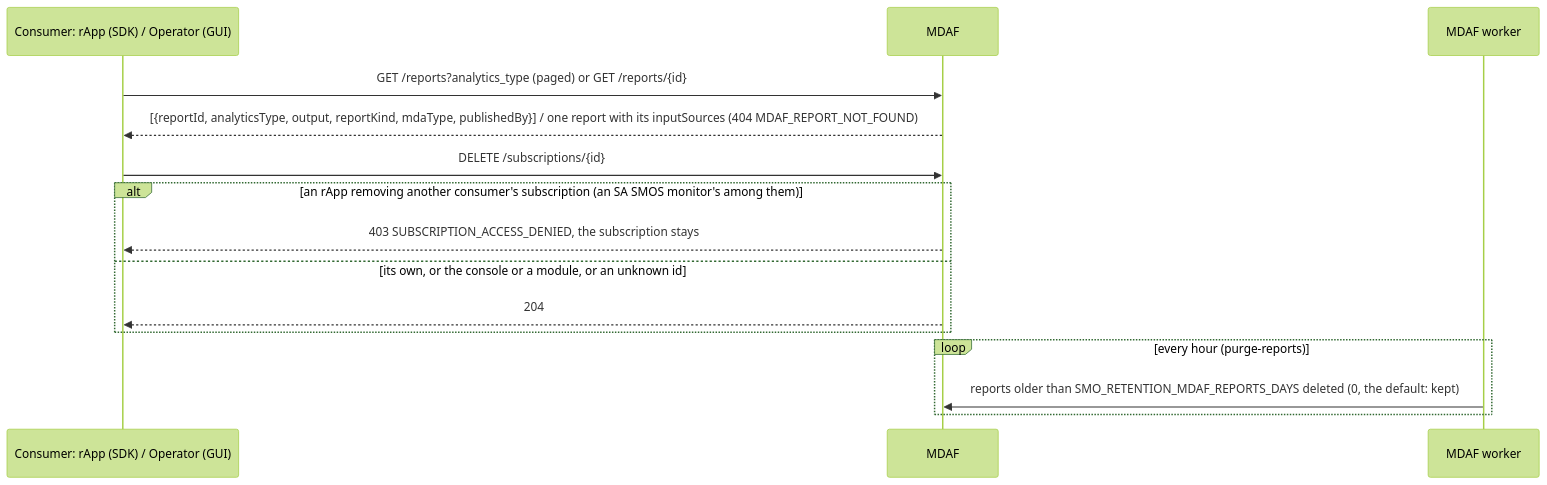
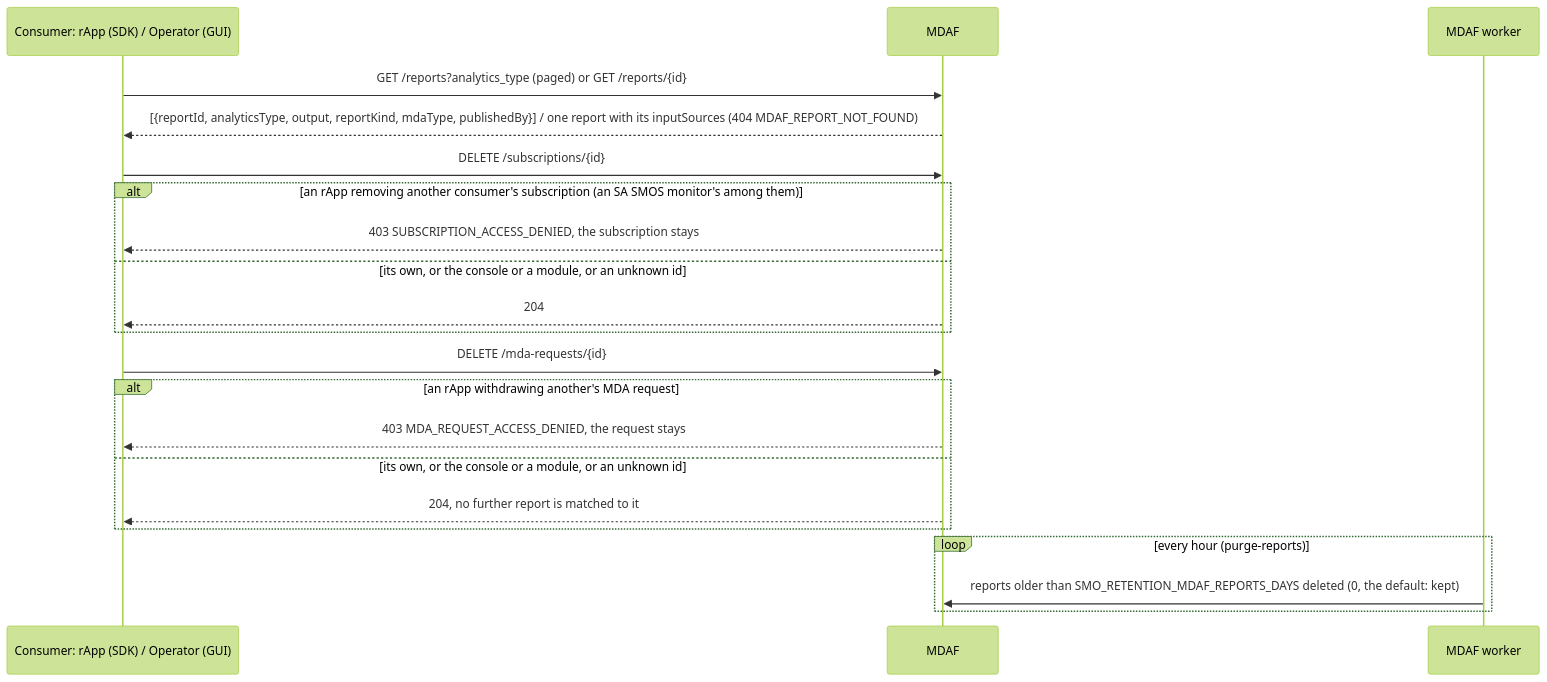
One commit to rsys-bshankar/ai-ran-smo changed the fourth of 4 diagrams in smo/docs/call-flows/08-ran-analytics-data-production.md. Above: the diagram before and after it, drawn with Mermaid (forest theme). The commit also changed other lines of this file and 38 other files, not shown here.

First line of the commit message:
Ownership: AIMgF judges a module acting for an rApp; MDA requests are their maker's

````diff
--- a/smo/docs/call-flows/08-ran-analytics-data-production.md
+++ b/smo/docs/call-flows/08-ran-analytics-data-production.md
@@ -136,18 +145,24 @@
 ```mermaid
 sequenceDiagram
     participant C as Consumer: rApp (SDK) / Operator (GUI)
     participant MDAF as MDAF
     participant W as MDAF worker
 
     C->>MDAF: GET /reports?analytics_type (paged) or GET /reports/{id}
     MDAF-->>C: [{reportId, analyticsType, output, reportKind, mdaType, publishedBy}] / one report with its inputSources (404 MDAF_REPORT_NOT_FOUND)
     C->>MDAF: DELETE /subscriptions/{id}
     alt an rApp removing another consumer's subscription (an SA SMOS monitor's among them)
         MDAF-->>C: 403 SUBSCRIPTION_ACCESS_DENIED, the subscription stays
     else its own, or the console or a module, or an unknown id
         MDAF-->>C: 204
     end
+    C->>MDAF: DELETE /mda-requests/{id}
+    alt an rApp withdrawing another's MDA request
+        MDAF-->>C: 403 MDA_REQUEST_ACCESS_DENIED, the request stays
+    else its own, or the console or a module, or an unknown id
+        MDAF-->>C: 204, no further report is matched to it
+    end
     loop every hour (purge-reports)
         W->>MDAF: reports older than SMO_RETENTION_MDAF_REPORTS_DAYS deleted (0, the default: kept)
     end
 ```
````
